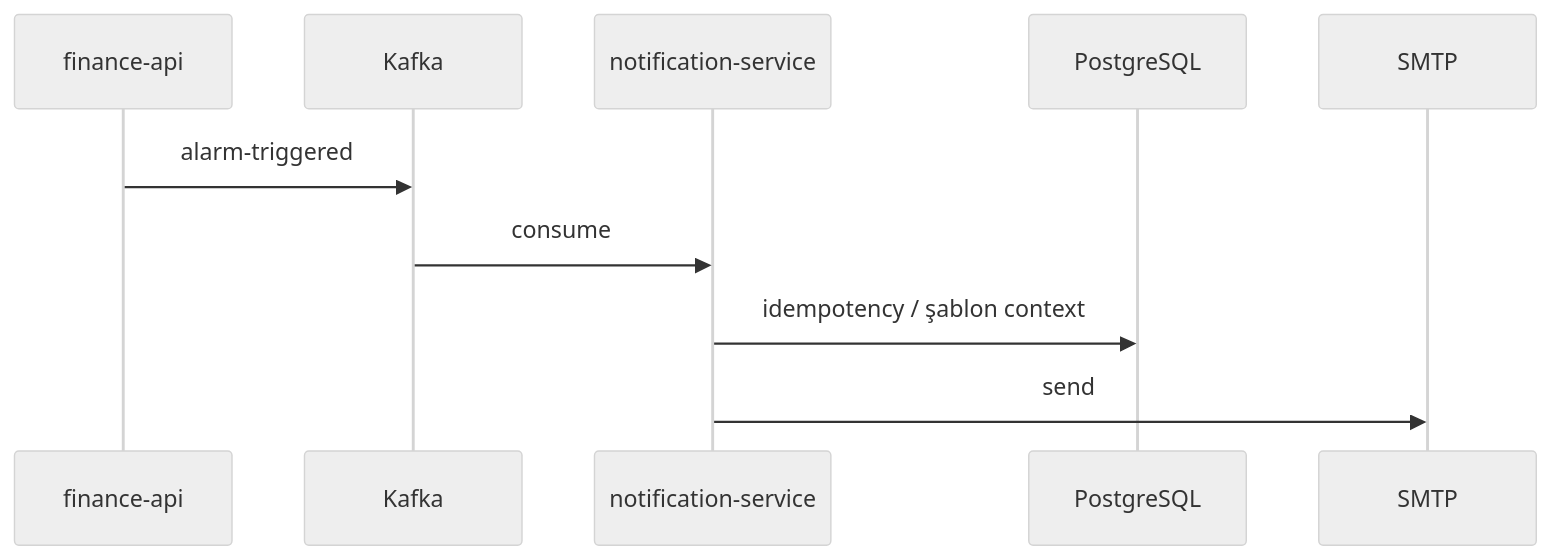
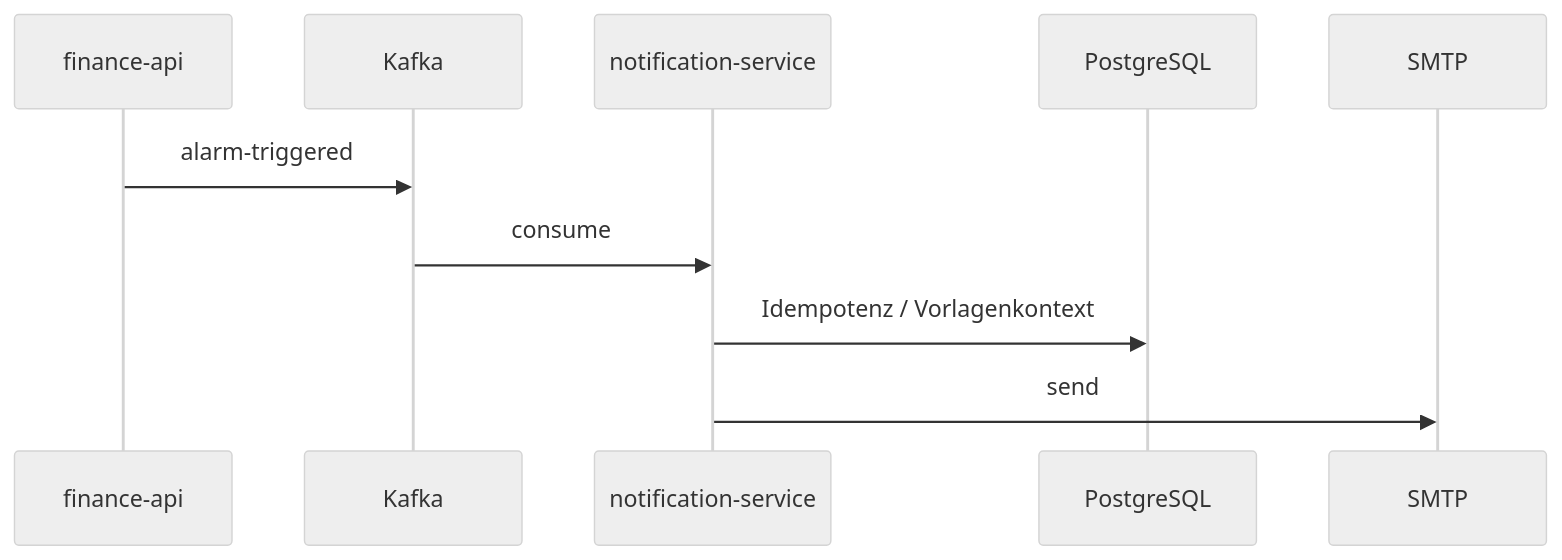
The third of 3 diagrams in docs/deutsch/services/notification-service.md (TaridaG/Toyota-32Bit-Finance-Platform), drawn with Mermaid (neutral theme) before and after one commit. The commit also changed 28 other files, not shown here.

````diff
--- a/docs/deutsch/services/notification-service.md
+++ b/docs/deutsch/services/notification-service.md
@@ -114,13 +114,13 @@
 ```mermaid
 sequenceDiagram
   participant FA as finance-api
   participant KF as Kafka
   participant NOTIF as notification-service
   participant PG as PostgreSQL
   participant SMTP as SMTP
 
   FA->>KF: alarm-triggered
   KF->>NOTIF: consume
-  NOTIF->>PG: idempotency / şablon context
+  NOTIF->>PG: Idempotenz / Vorlagenkontext
   NOTIF->>SMTP: send
 ```
````
